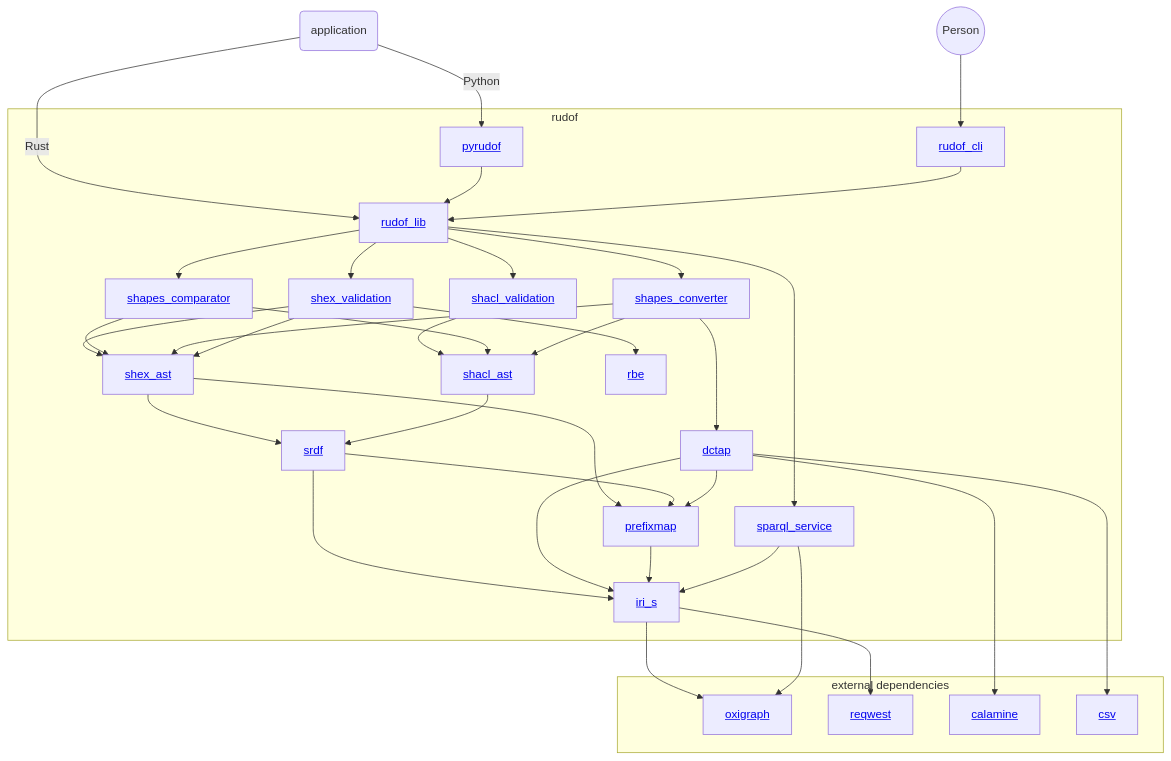
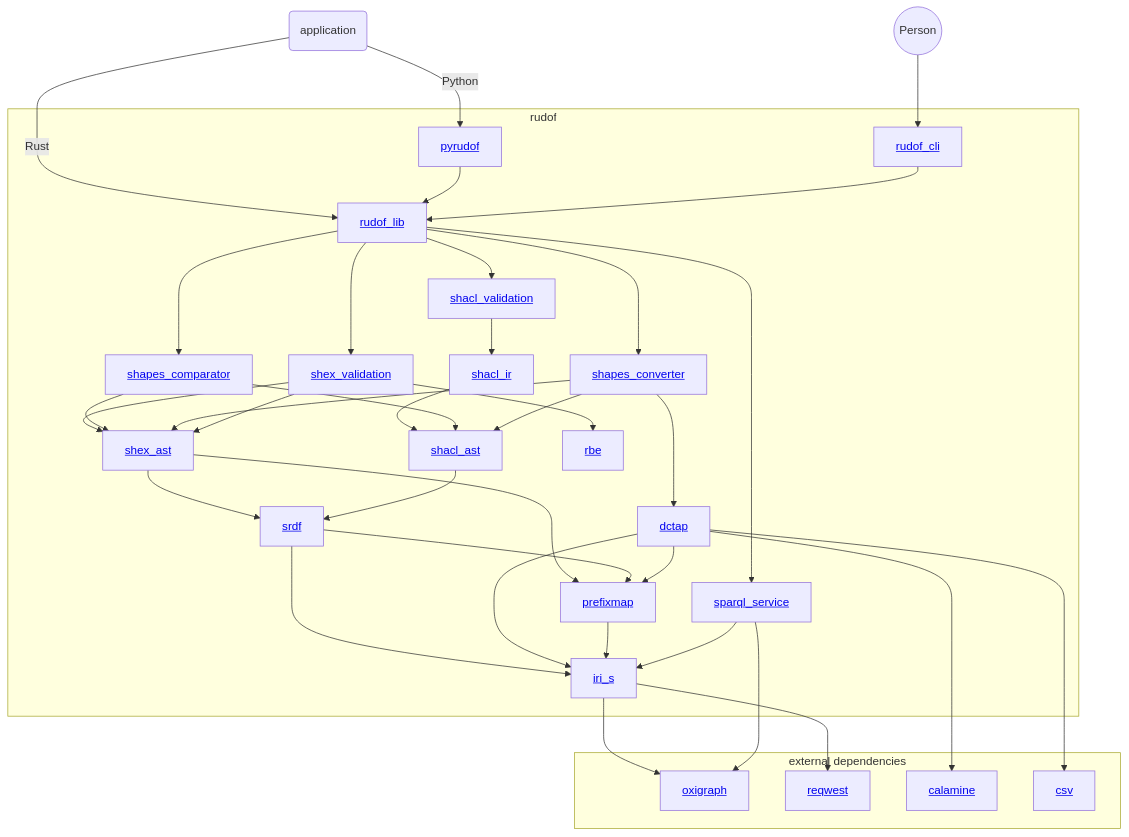
The diagram in docs/src/overview.md (rudof-project/rudof), drawn with Mermaid before and after one commit.

Commit message:
Added shacl_ir to overview.md

````diff
--- a/docs/src/overview.md
+++ b/docs/src/overview.md
@@ -25,62 +25,64 @@
 ```mermaid
 graph TD;
  user((Person)) --> rudof_cli;
  application(application);
  application -->|Rust| rudof_lib ;
  application --> |Python| pyrudof ;
  iri_s --> oxigraph;
  iri_s --> reqwest ;
  dctap --> calamine ;
  dctap --> csv ;
  sparql_service --> oxigraph ;
 subgraph rudof
     rudof_lib[<a href='https://crates.io/crates/rudof_lib'>rudof_lib</a>];
     rudof_cli[<a href='https://crates.io/crates/rudof_cli'>rudof_cli</a>];
     pyrudof[<a href='https://pypi.org/project/pyrudof/'>pyrudof</a>];
     shex_ast[<a href='https://crates.io/crates/shex_ast'>shex_ast</a>];
     srdf[<a href='https://crates.io/crates/srdf'>srdf</a>];
     shex_validation[<a href='https://crates.io/crates/shex_validation'>shex_validation</a>];
     shacl_validation[<a href='https://crates.io/crates/shacl_validation'>shacl_validation</a>];
+    shacl_ir[<a href='https://crates.io/crates/shacl_ir'>shacl_ir</a>];
     shacl_ast[<a href='https://crates.io/crates/shacl_ast'>shacl_ast</a>];
     iri_s[<a href='https://crates.io/crates/iri_s'>iri_s</a>];
     prefixmap[<a href='https://crates.io/crates/prefixmap'>prefixmap</a>];
     rbe[<a href='https://crates.io/crates/rbe'>rbe</a>];
     shapes_converter[<a href='https://crates.io/crates/shapes_converter'>shapes_converter</a>];
     shapes_comparator[<a href='https://crates.io/crates/shapes_comparator'>shapes_comparator</a>];
  dctap[<a href='https://crates.io/crates/dctap'>dctap</a>];
  sparql_service[<a href='https://crates.io/crates/sparql_service'>sparql_service</a>];
 
  pyrudof --> rudof_lib ;
  rudof_cli --> rudof_lib ;
  shex_ast --> srdf ;
  shex_validation-->shex_ast;
  srdf-->iri_s;
+ shacl_ir --> shacl_ast;
  shacl_ast-->srdf;
- shacl_validation-->shacl_ast;
+ shacl_validation-->shacl_ir;
  shex_ast-->prefixmap;
  srdf-->prefixmap;
  shex_validation-->rbe;
  dctap-->prefixmap;
  dctap --> iri_s;
 
  shapes_comparator-->shex_ast;
  shapes_comparator-->shacl_ast;
  shapes_converter-->shacl_ast;
  shapes_converter-->shex_ast;
  shapes_converter-->dctap;
  prefixmap --> iri_s ;
  shex_validation --> shex_ast
  sparql_service --> iri_s ;
  rudof_lib --> shex_validation ;
  rudof_lib --> shacl_validation ;
  rudof_lib --> shapes_converter ;
  rudof_lib --> sparql_service ;
  rudof_lib --> shapes_comparator ;
 end
 subgraph external dependencies
  oxigraph[<a href='https://crates.io/crates/oxigraph'>oxigraph</a>] ;
  calamine[<a href='https://docs.rs/calamine/latest/calamine/'>calamine</a>] ;
  reqwest[<a href='https://docs.rs/reqwest/latest/reqwest/'>reqwest</a>] ;
  csv[<a href='https://docs.rs/csv/latest/csv/'>csv</a>] 
 end
 ```
````
